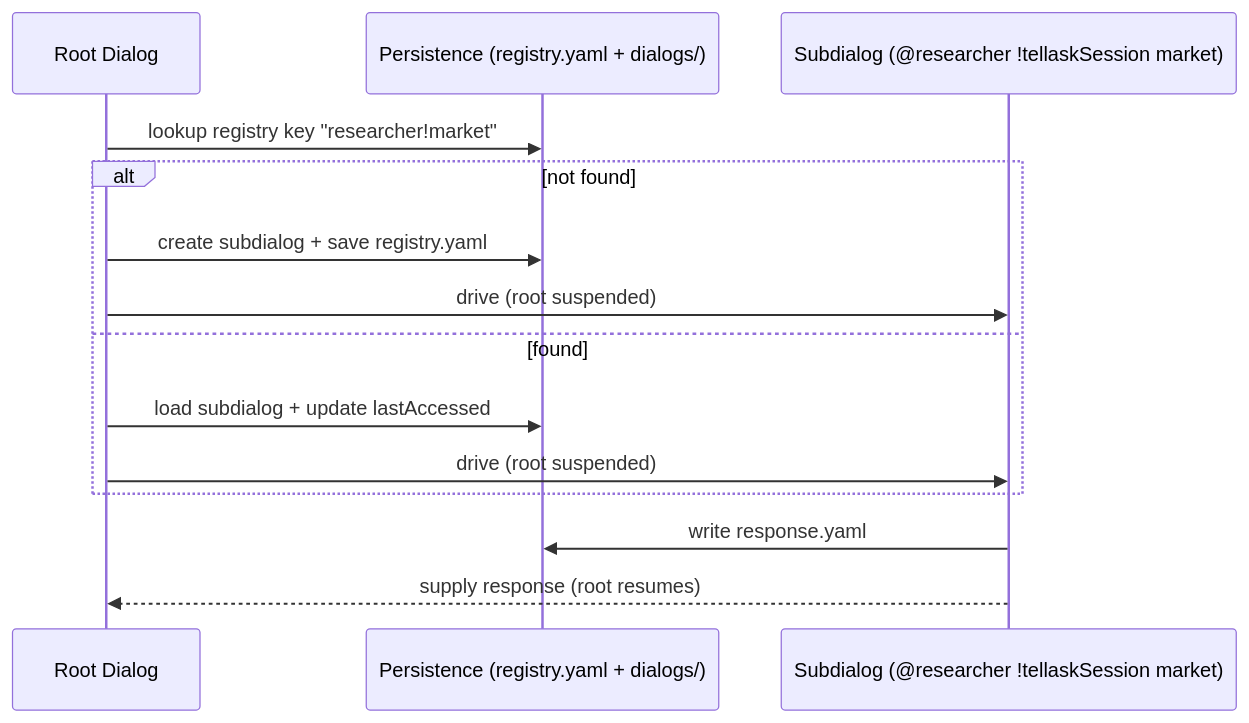
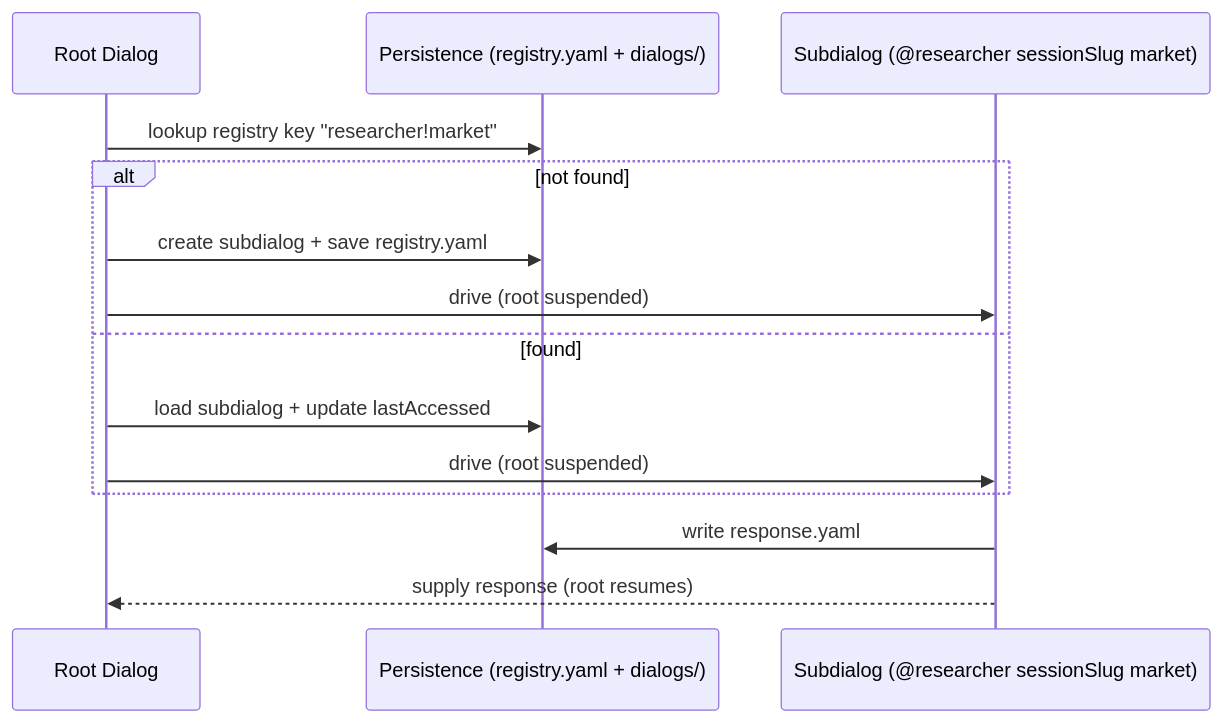
One commit to longrun-ai/dominds changed diagram 18 of 18 in docs/dialog-system.md. Above: the diagram before and after it, drawn with Mermaid. The commit also changed other lines of this file and 21 other files, not shown here.

````diff
--- a/docs/dialog-system.md
+++ b/docs/dialog-system.md
@@ -1247,18 +1247,18 @@
 ```mermaid
 sequenceDiagram
   participant Root as Root Dialog
   participant Store as Persistence (registry.yaml + dialogs/)
-  participant Sub as Subdialog (@researcher !tellaskSession market)
+  participant Sub as Subdialog (@researcher sessionSlug market)
 
   Root->>Store: lookup registry key "researcher!market"
   alt not found
     Root->>Store: create subdialog + save registry.yaml
     Root->>Sub: drive (root suspended)
   else found
     Root->>Store: load subdialog + update lastAccessed
     Root->>Sub: drive (root suspended)
   end
 
   Sub->>Store: write response.yaml
   Sub-->>Root: supply response (root resumes)
 ```
````
